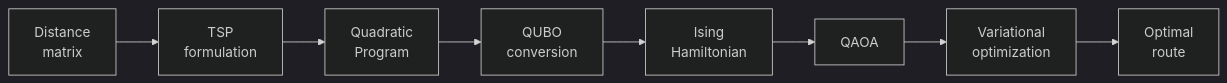
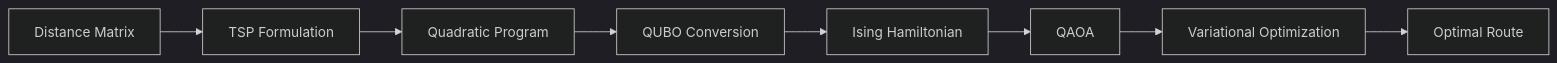
One commit to PouliotAlexis/QuantumCT-RTRC-qBraid-Challenge changed the third of 3 diagrams in README.md. Above: the diagram before and after it, drawn with Mermaid (dark theme). The commit also changed other lines of this file, not shown here.

Commit message:
docs: simplify Mermaid diagrams and standardize text formatting in README.md

````diff
--- a/README.md
+++ b/README.md
@@ -152,4 +152,4 @@
 ```mermaid
-flowchart LR
-    A["Distance<br/>matrix"] --> B["TSP<br/>formulation"] --> C["Quadratic<br/>Program"] --> D["QUBO<br/>conversion"] --> E["Ising<br/>Hamiltonian"] --> F["QAOA"] --> G["Variational<br/>optimization"] --> H["Optimal<br/>route"]
+graph LR
+    A["Distance Matrix"] --> B["TSP Formulation"] --> C["Quadratic Program"] --> D["QUBO Conversion"] --> E["Ising Hamiltonian"] --> F["QAOA"] --> G["Variational Optimization"] --> H["Optimal Route"]
 ```
````
